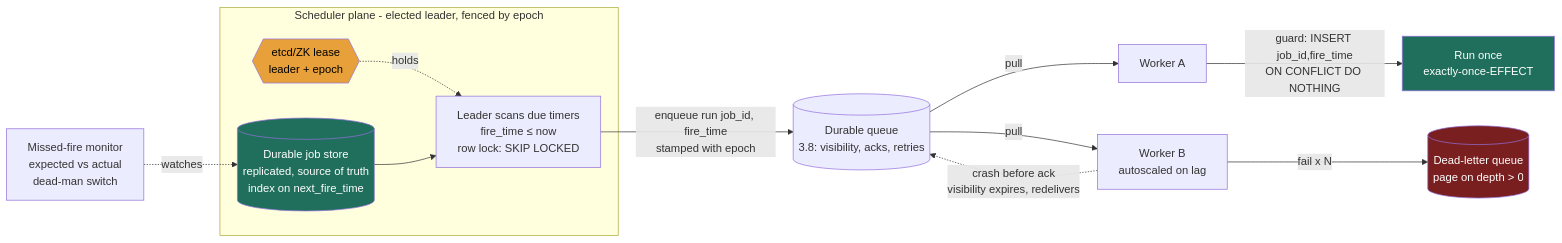
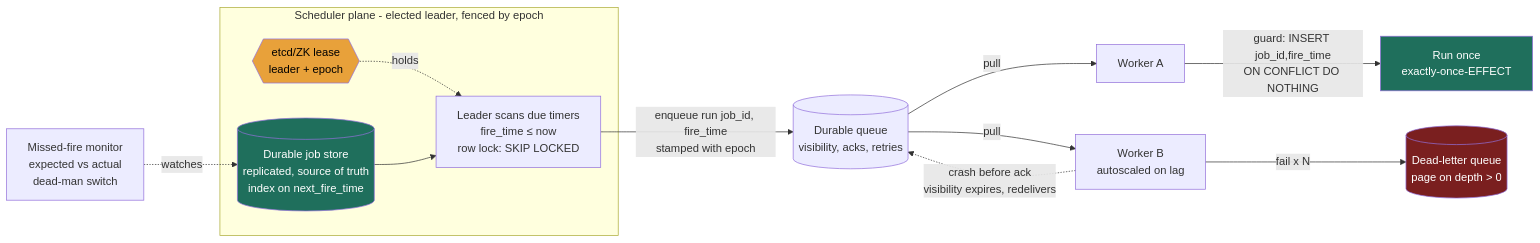
One commit to hkrathore/sysdesign-course changed the first of 2 diagrams in src/content/docs/module-3/lesson-3-15.md. Above: the diagram before and after it, drawn with Mermaid. The commit also changed other lines of this file and 146 other files, not shown here.

````diff
--- a/src/content/docs/module-3/lesson-3-15.md
+++ b/src/content/docs/module-3/lesson-3-15.md
@@ -115,21 +115,21 @@
 ```mermaid
 flowchart LR
     subgraph SCH[Scheduler plane - elected leader, fenced by epoch]
       STORE[(Durable job store<br/>replicated, source of truth<br/>index on next_fire_time)]
       LEASE{{etcd/ZK lease<br/>leader + epoch}}
       SCAN[Leader scans due timers<br/>fire_time &le; now<br/>row lock: SKIP LOCKED]
       LEASE -.holds.-> SCAN
       STORE --> SCAN
     end
-    SCAN -->|enqueue run job_id, fire_time<br/>stamped with epoch| Q[(Durable queue<br/>3.8: visibility, acks, retries)]
+    SCAN -->|enqueue run job_id, fire_time<br/>stamped with epoch| Q[(Durable queue<br/>visibility, acks, retries)]
     Q -->|pull| W1[Worker A]
     Q -->|pull| W2[Worker B<br/>autoscaled on lag]
     W1 -->|guard: INSERT job_id,fire_time<br/>ON CONFLICT DO NOTHING| OK[Run once<br/>exactly-once-EFFECT]
     W2 -.->|crash before ack<br/>visibility expires, redelivers| Q
     W2 -->|fail x N| DLQ[(Dead-letter queue<br/>page on depth > 0)]
     MON[Missed-fire monitor<br/>expected vs actual<br/>dead-man switch] -.watches.-> STORE
     style STORE fill:#1f6f5c,color:#fff
     style OK fill:#1f6f5c,color:#fff
     style DLQ fill:#7a1f1f,color:#fff
     style LEASE fill:#e8a13a,color:#000
 ```
````
